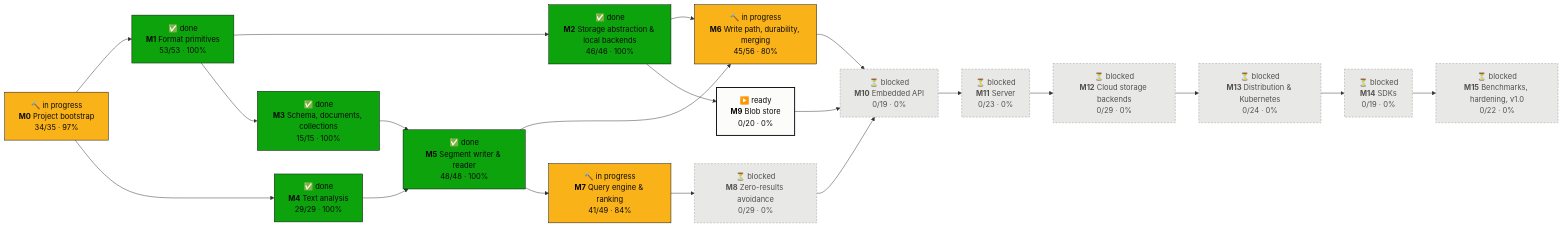
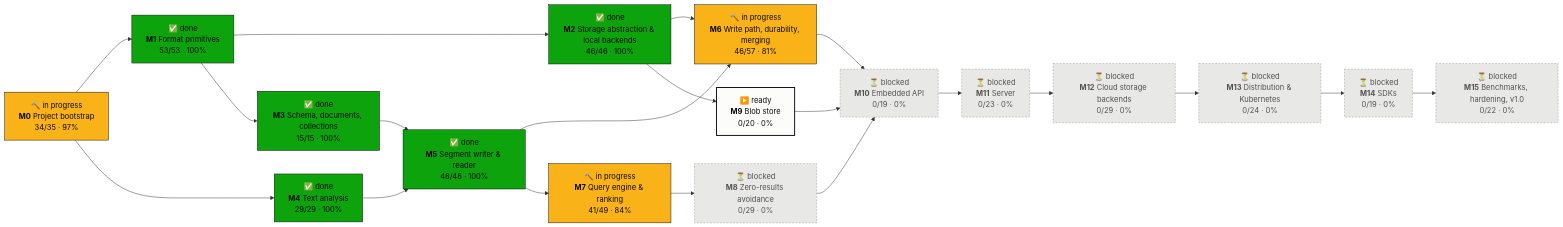
The first of 2 diagrams in PROGRESS.md (tomiok/persiaDB), drawn with Mermaid before and after one commit. The commit also changed other lines of this file and 7 other files, not shown here.

First line of the commit message:
fix(engine): a lookup by id passes deleted copies (ROADMAP 6.5.13)

````diff
--- a/PROGRESS.md
+++ b/PROGRESS.md
@@ -16,42 +16,42 @@
 ```mermaid
 flowchart LR
   M0["🔨 in progress<br/><b>M0</b> Project bootstrap<br/>34/35 · 97%"]:::doing
   M1["✅ done<br/><b>M1</b> Format primitives<br/>53/53 · 100%"]:::done
   M2["✅ done<br/><b>M2</b> Storage abstraction & local backends<br/>46/46 · 100%"]:::done
   M3["✅ done<br/><b>M3</b> Schema, documents, collections<br/>15/15 · 100%"]:::done
   M4["✅ done<br/><b>M4</b> Text analysis<br/>29/29 · 100%"]:::done
   M5["✅ done<br/><b>M5</b> Segment writer & reader<br/>48/48 · 100%"]:::done
-  M6["🔨 in progress<br/><b>M6</b> Write path, durability, merging<br/>45/56 · 80%"]:::doing
+  M6["🔨 in progress<br/><b>M6</b> Write path, durability, merging<br/>46/57 · 81%"]:::doing
   M7["🔨 in progress<br/><b>M7</b> Query engine & ranking<br/>41/49 · 84%"]:::doing
   M8["⏳ blocked<br/><b>M8</b> Zero-results avoidance<br/>0/29 · 0%"]:::blocked
   M9["▶️ ready<br/><b>M9</b> Blob store<br/>0/20 · 0%"]:::ready
   M10["⏳ blocked<br/><b>M10</b> Embedded API<br/>0/19 · 0%"]:::blocked
   M11["⏳ blocked<br/><b>M11</b> Server<br/>0/23 · 0%"]:::blocked
   M12["⏳ blocked<br/><b>M12</b> Cloud storage backends<br/>0/29 · 0%"]:::blocked
   M13["⏳ blocked<br/><b>M13</b> Distribution & Kubernetes<br/>0/24 · 0%"]:::blocked
   M14["⏳ blocked<br/><b>M14</b> SDKs<br/>0/19 · 0%"]:::blocked
   M15["⏳ blocked<br/><b>M15</b> Benchmarks, hardening, v1.0<br/>0/22 · 0%"]:::blocked
   M0 --> M1
   M1 --> M2
   M1 --> M3
   M0 --> M4
   M3 --> M5
   M4 --> M5
   M2 --> M6
   M5 --> M6
   M5 --> M7
   M7 --> M8
   M2 --> M9
   M6 --> M10
   M8 --> M10
   M9 --> M10
   M10 --> M11
   M11 --> M12
   M12 --> M13
   M13 --> M14
   M14 --> M15
   classDef done fill:#0ca30c,stroke:#0b0b0b,color:#0b0b0b
   classDef doing fill:#fab219,stroke:#0b0b0b,color:#0b0b0b
   classDef ready fill:#fcfcfb,stroke:#0b0b0b,stroke-width:2px,color:#0b0b0b
   classDef blocked fill:#e8e8e6,stroke:#9a9a96,stroke-dasharray:4 3,color:#52514e
 ```
````
